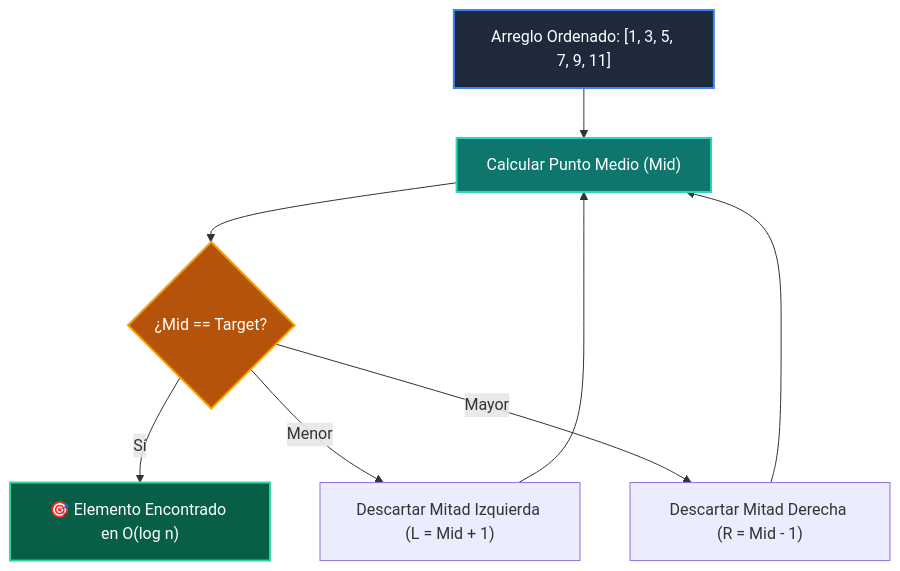
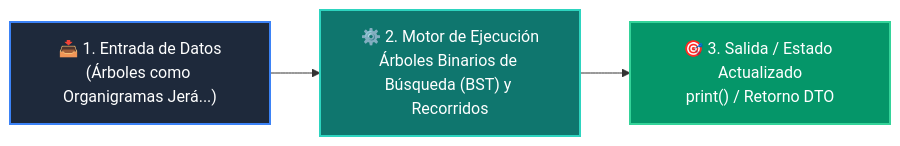
The diagram in 02-algoritmos-estructuras/clase-06-arboles-binarios-busqueda/README.md (wisrovi/wisrovi-python), drawn with Mermaid before and after one commit. The commit also changed other lines of this file and 54 other files, not shown here.

Commit message:
refactor: clean repository root by moving maintenance scripts to scripts/ and restore rich high-contrast Mermaid diagrams for all classes and examples

````diff
--- a/02-algoritmos-estructuras/clase-06-arboles-binarios-busqueda/README.md
+++ b/02-algoritmos-estructuras/clase-06-arboles-binarios-busqueda/README.md
@@ -12,15 +12,9 @@
 ```mermaid
-flowchart TD
-    ARR["Arreglo Ordenado: [1, 3, 5, 7, 9, 11]"] --> MID["Calcular Punto Medio (Mid)"]
-    MID --> CMP{"¿Mid == Target?"}
-    CMP -->|Sí| FOUND["🎯 Elemento Encontrado en O(log n)"]
-    CMP -->|Menor| RIGHT["Descartar Mitad Izquierda (L = Mid + 1)"]
-    CMP -->|Mayor| LEFT["Descartar Mitad Derecha (R = Mid - 1)"]
-    RIGHT --> MID
-    LEFT --> MID
+flowchart LR
+    A["📥 1. Entrada de Datos<br/>(Árboles como Organigramas Jerá...)"] --> B["⚙️ 2. Motor de Ejecución<br/>Árboles Binarios de Búsqueda (BST) y Recorridos"]
+    B --> C["🎯 3. Salida / Estado Actualizado<br/>print() / Retorno DTO"]
 
-    style ARR fill:#1e293b,color:#fff,stroke:#3b82f6,stroke-width:2px
-    style MID fill:#0f766e,color:#fff,stroke:#2dd4bf,stroke-width:2px
-    style CMP fill:#b45309,color:#fff,stroke:#f59e0b,stroke-width:2px
-    style FOUND fill:#065f46,color:#fff,stroke:#34d399,stroke-width:2px
+    style A fill:#1e293b,color:#ffffff,stroke:#3b82f6,stroke-width:2px
+    style B fill:#0f766e,color:#ffffff,stroke:#2dd4bf,stroke-width:2px
+    style C fill:#059669,color:#ffffff,stroke:#34d399,stroke-width:2px
 ```
````
